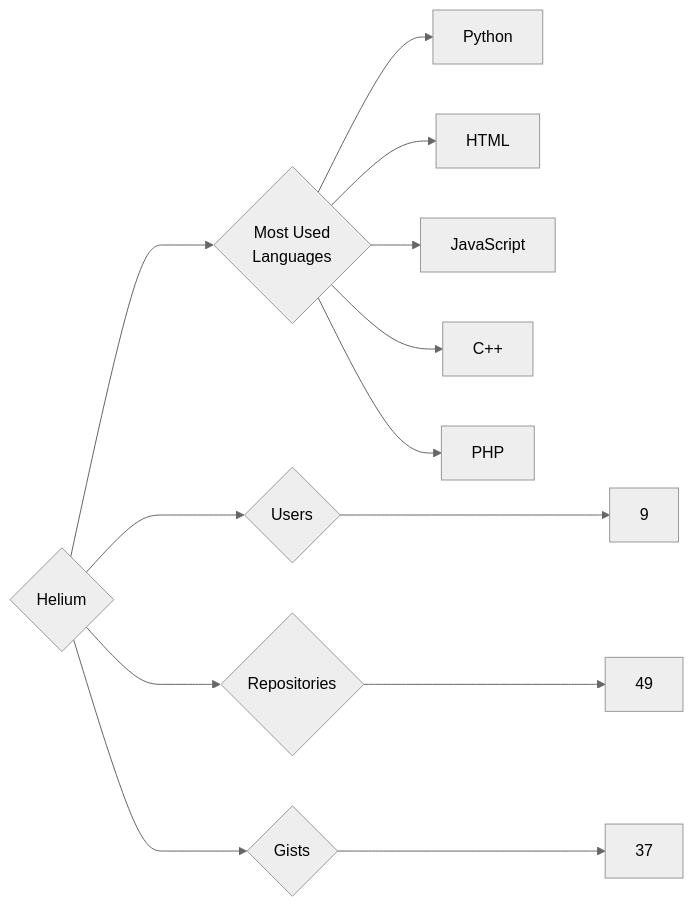
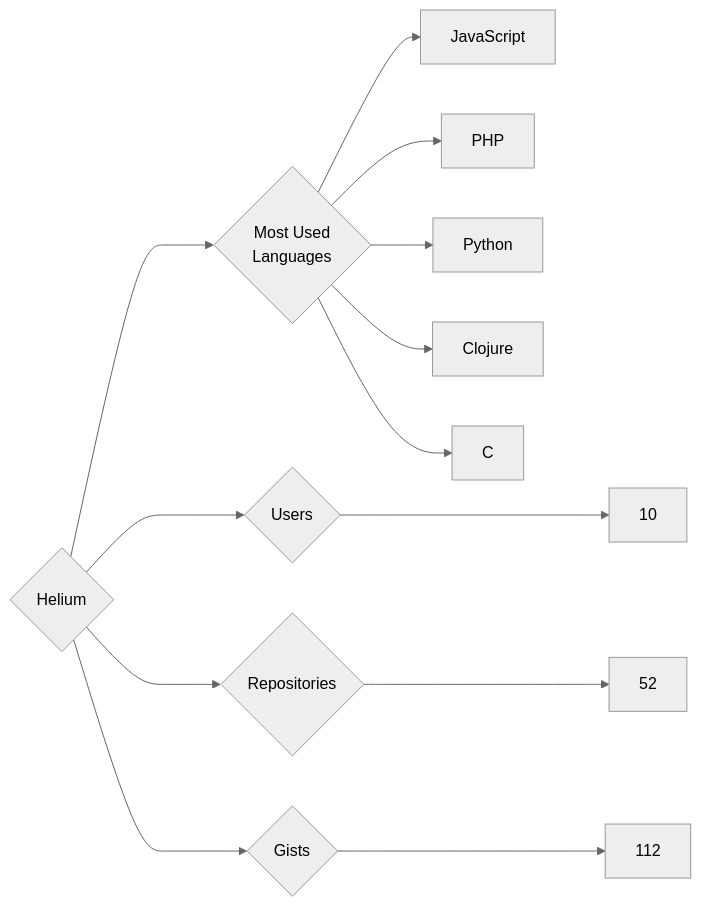
The diagram in targets/Helium/README.md (trickest/insiders), drawn with Mermaid (neutral theme) before and after one commit. The commit also changed 1149 other files, not shown here.

````diff
--- a/targets/Helium/README.md
+++ b/targets/Helium/README.md
@@ -3,13 +3,13 @@
 ```mermaid
 graph LR
 COMPANY_NAME{Helium}
-COMPANY_NAME ---> U{Users} ---> UN[9]
-COMPANY_NAME ---> R{Repositories} ---> RN[49]
-COMPANY_NAME ---> G{Gists} ---> GN[37]
+COMPANY_NAME ---> U{Users} ---> UN[10]
+COMPANY_NAME ---> R{Repositories} ---> RN[52]
+COMPANY_NAME ---> G{Gists} ---> GN[112]
 COMPANY_NAME ---> ML{Most Used<br>Languages}
+ML --> JavaScript[JavaScript]
+ML --> PHP[PHP]
 ML --> Python[Python]
-ML --> HTML[HTML]
-ML --> JavaScript[JavaScript]
-ML --> C++[C++]
-ML --> PHP[PHP]
+ML --> Clojure[Clojure]
+ML --> C[C]
 ```
````
